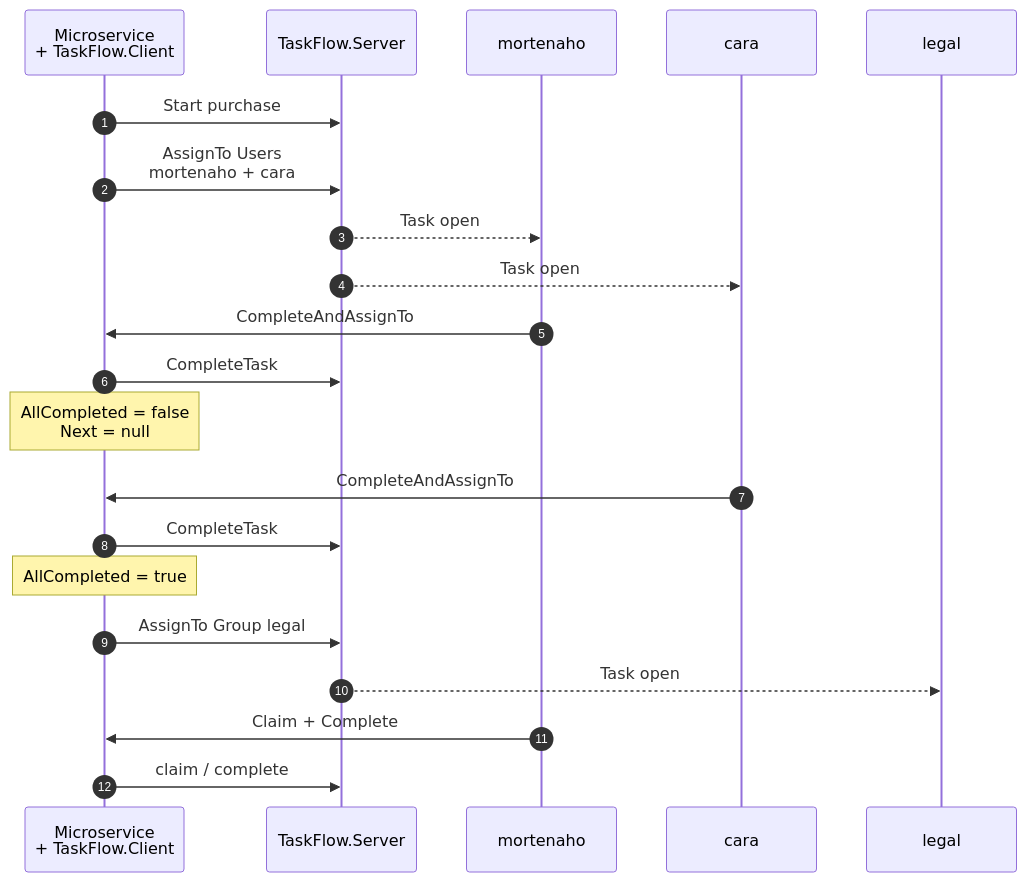
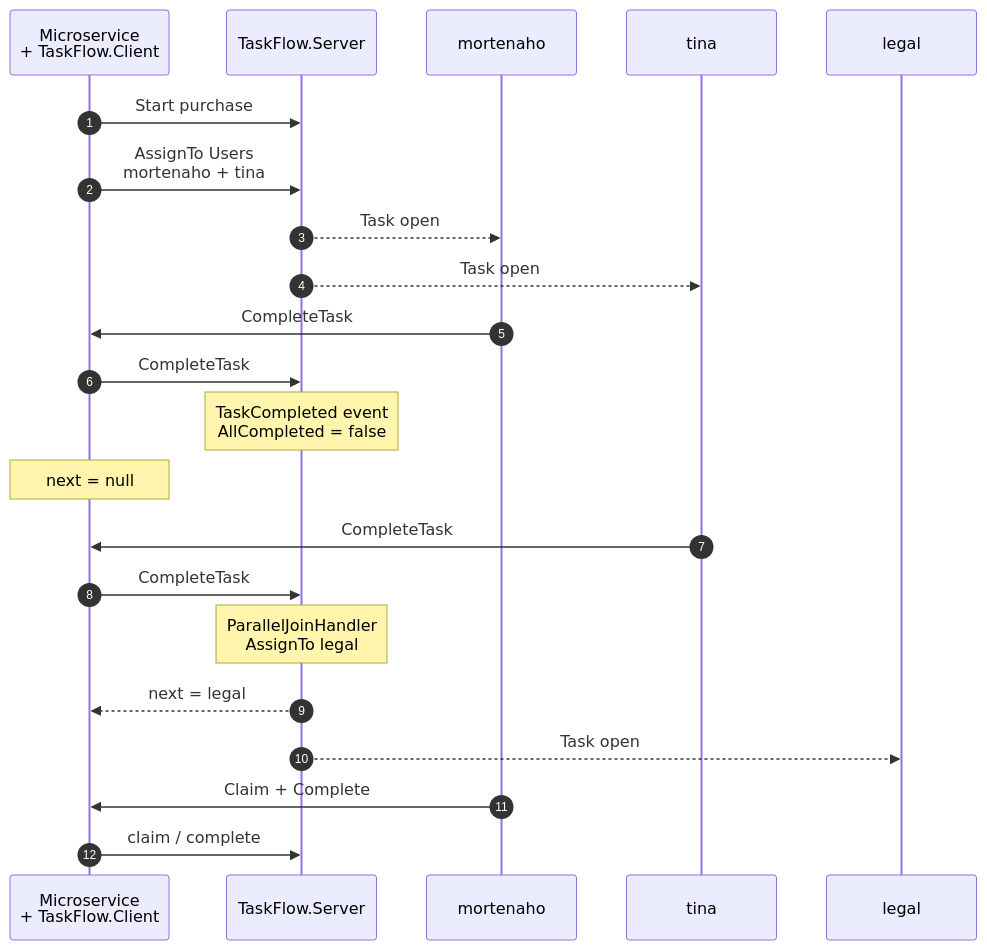
Before and after one commit to mortenaho/WorkFlowEngine: the fourth of 4 diagrams in docs/usage.md, drawn with Mermaid. The commit also changed other lines of this file and 38 other files, not shown here.

````diff
--- a/docs/usage.md
+++ b/docs/usage.md
@@ -269,24 +269,25 @@
 ```mermaid
 sequenceDiagram
     autonumber
     participant MS as Microservice<br/>+ TaskFlow.Client
     participant Srv as TaskFlow.Server
     participant M as mortenaho
-    participant C as cara
+    participant C as tina
     participant L as legal
 
     MS->>Srv: Start purchase
-    MS->>Srv: AssignTo Users<br/>mortenaho + cara
+    MS->>Srv: AssignTo Users<br/>mortenaho + tina
     Srv-->>M: Task open
     Srv-->>C: Task open
-    M->>MS: CompleteAndAssignTo
+    M->>MS: CompleteTask
     MS->>Srv: CompleteTask
-    Note over MS: AllCompleted = false<br/>Next = null
-    C->>MS: CompleteAndAssignTo
+    Note over Srv: TaskCompleted event<br/>AllCompleted = false
+    Note over MS: next = null
+    C->>MS: CompleteTask
     MS->>Srv: CompleteTask
-    Note over MS: AllCompleted = true
-    MS->>Srv: AssignTo Group legal
+    Note over Srv: ParallelJoinHandler<br/>AssignTo legal
+    Srv-->>MS: next = legal
     Srv-->>L: Task open
     M->>MS: Claim + Complete
     MS->>Srv: claim / complete
 ```
````
